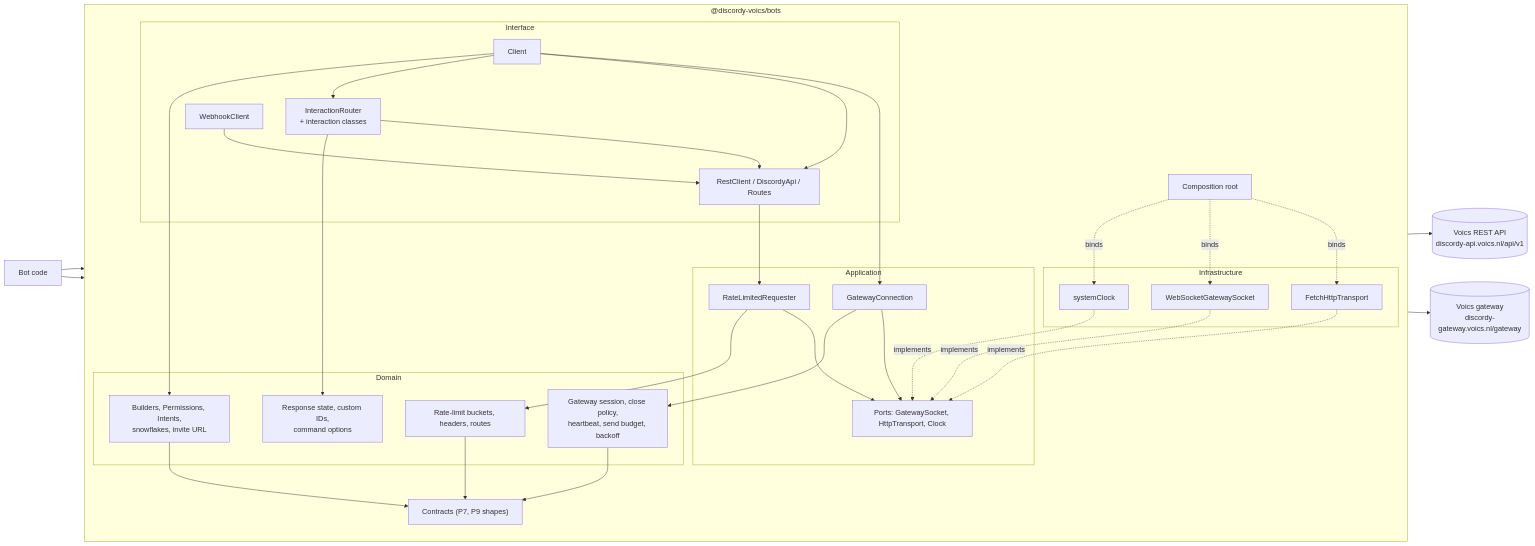
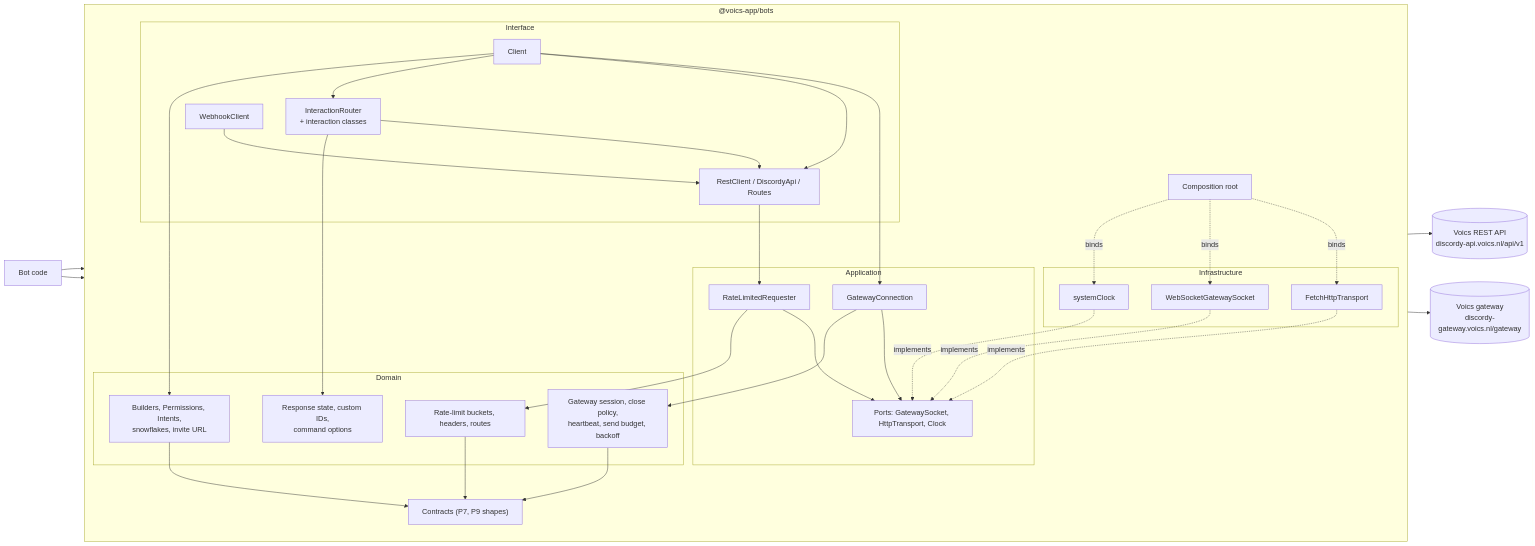
The diagram in ARCHITECTURE.md (voics-app/bots-sdk), drawn with Mermaid before and after one commit. The commit also changed other lines of this file and 249 other files, not shown here.

First line of the commit message:
chore: rename GitHub org discordy-voics to voics-app

````diff
--- a/ARCHITECTURE.md
+++ b/ARCHITECTURE.md
@@ -20,65 +20,65 @@
 ```mermaid
 flowchart LR
   bot["Bot code"]
   discordyApi[("Voics REST API<br/>discordy-api.voics.nl/api/v1")]
   discordyGw[("Voics gateway<br/>discordy-gateway.voics.nl/gateway")]
 
-  subgraph sdk["@discordy-voics/bots"]
+  subgraph sdk["@voics-app/bots"]
     direction TB
 
     subgraph iface["Interface"]
       client["Client"]
       rest["RestClient / DiscordyApi / Routes"]
       router["InteractionRouter<br/>+ interaction classes"]
       webhook["WebhookClient"]
     end
 
     subgraph app["Application"]
       gwConn["GatewayConnection"]
       requester["RateLimitedRequester"]
       ports["Ports: GatewaySocket, HttpTransport, Clock"]
     end
 
     subgraph domain["Domain"]
       gwRules["Gateway session, close policy,<br/>heartbeat, send budget, backoff"]
       rlRules["Rate-limit buckets, headers, routes"]
       ixRules["Response state, custom IDs,<br/>command options"]
       builders["Builders, Permissions, Intents,<br/>snowflakes, invite URL"]
     end
 
     subgraph infra["Infrastructure"]
       fetchT["FetchHttpTransport"]
       wsSocket["WebSocketGatewaySocket"]
       clock["systemClock"]
     end
 
     root["Composition root"]
     contracts["Contracts (P7, P9 shapes)"]
   end
 
   bot --> client
   bot --> webhook
   client --> gwConn
   client --> rest
   client --> router
   router --> rest
   rest --> requester
   webhook --> rest
   gwConn --> ports
   requester --> ports
   gwConn --> gwRules
   requester --> rlRules
   router --> ixRules
   client --> builders
   root -. binds .-> fetchT
   root -. binds .-> wsSocket
   root -. binds .-> clock
   fetchT -. implements .-> ports
   wsSocket -. implements .-> ports
   clock -. implements .-> ports
   fetchT --> discordyApi
   wsSocket --> discordyGw
   gwRules --> contracts
   rlRules --> contracts
   builders --> contracts
 ```
````
